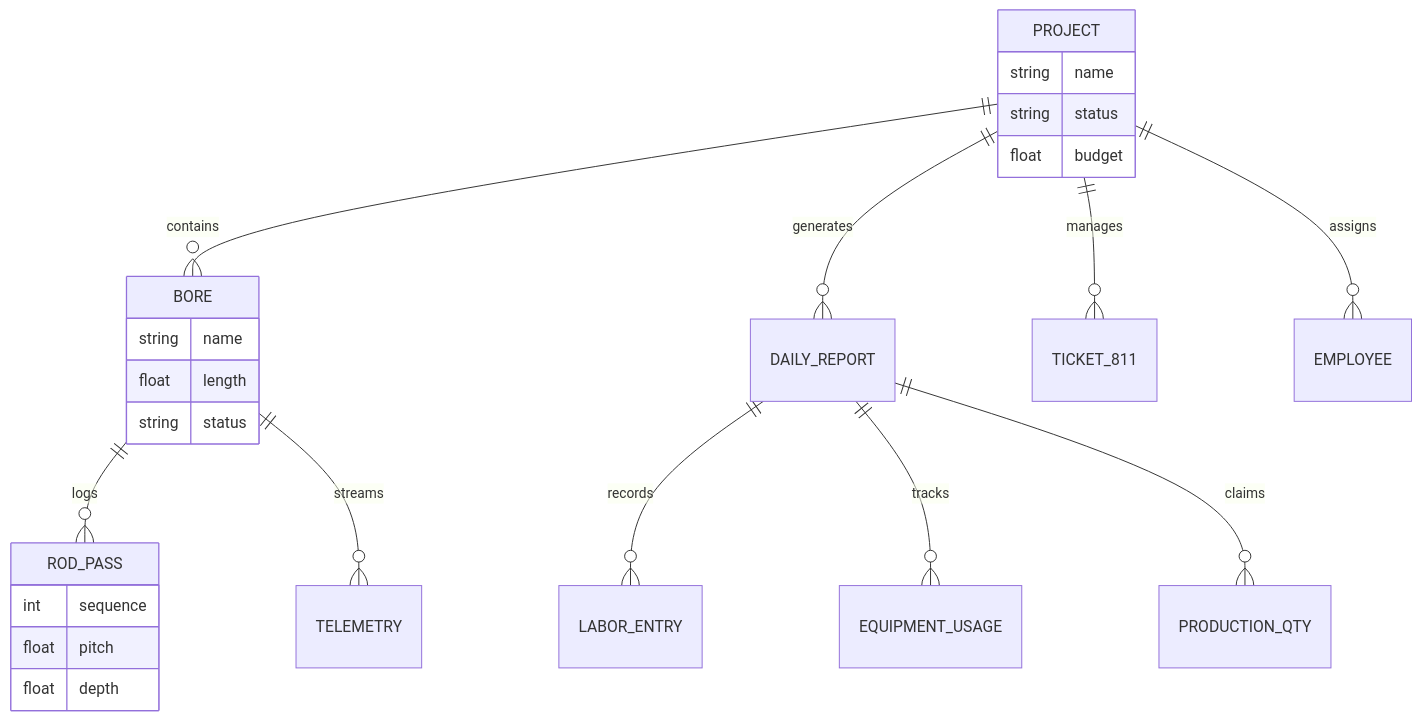
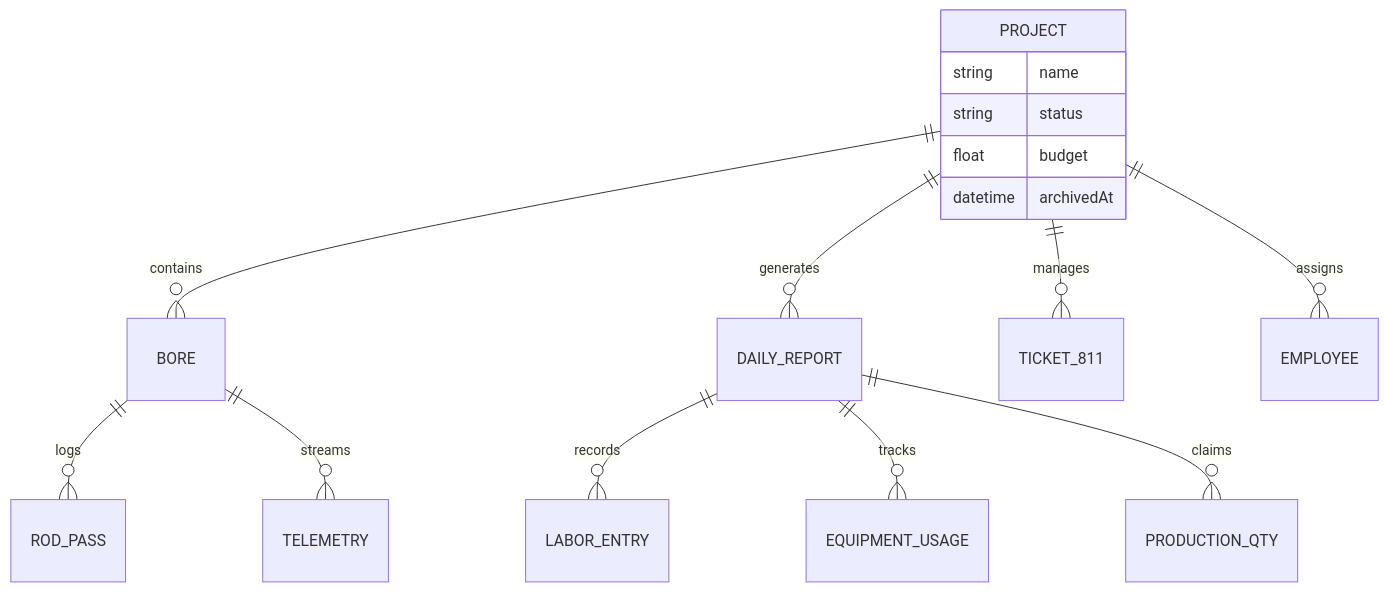
The second of 3 diagrams in README.md (nice-and-precise/MU), drawn with Mermaid before and after one commit. The commit also changed other lines of this file and 21 other files, not shown here.

````diff
--- a/README.md
+++ b/README.md
@@ -79,32 +78,21 @@
 ```mermaid
 erDiagram
     PROJECT ||--o{ BORE : contains
     PROJECT ||--o{ DAILY_REPORT : generates
     PROJECT ||--o{ TICKET_811 : manages
     PROJECT ||--o{ EMPLOYEE : assigns
 
     BORE ||--o{ ROD_PASS : logs
     BORE ||--o{ TELEMETRY : streams
 
     DAILY_REPORT ||--o{ LABOR_ENTRY : records
     DAILY_REPORT ||--o{ EQUIPMENT_USAGE : tracks
     DAILY_REPORT ||--o{ PRODUCTION_QTY : claims
-
+    
     PROJECT {
         string name
         string status
         float budget
-    }
-
-    BORE {
-        string name
-        float length
-        string status
-    }
-
-    ROD_PASS {
-        int sequence
-        float pitch
-        float depth
+        datetime archivedAt
     }
 ```
````
